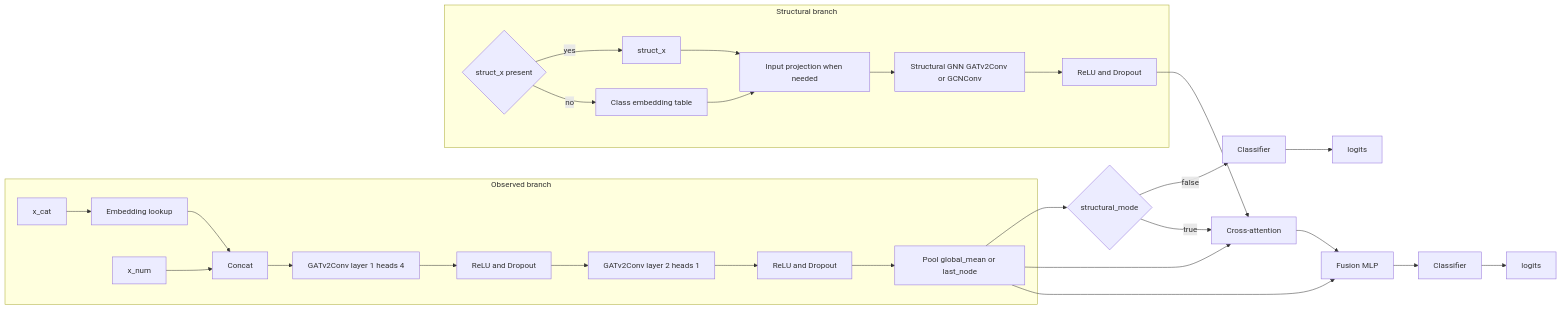
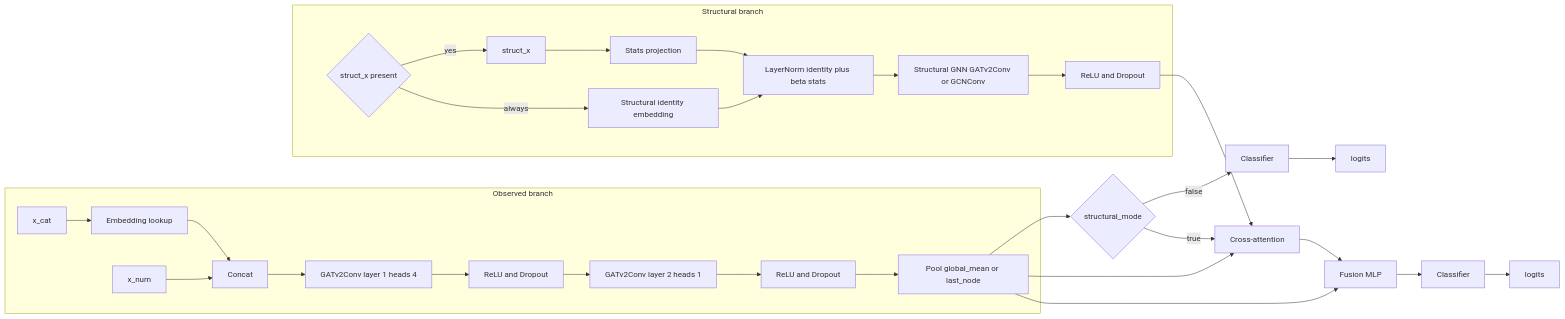
Before and after one commit to ghsrg/bpm_prediction: the seventh of 9 diagrams in docs/GNN_RUNTIME_MVP2_5.MD, drawn with Mermaid. The commit also changed other lines of this file and 9 other files, not shown here.

````diff
--- a/docs/GNN_RUNTIME_MVP2_5.MD
+++ b/docs/GNN_RUNTIME_MVP2_5.MD
@@ -191,40 +191,42 @@
 ```mermaid
 flowchart LR
     subgraph OBS[Observed branch]
         O1[x_cat] --> O2[Embedding lookup]
         O3[x_num] --> O4[Concat]
         O2 --> O4
         O4 --> O5[GATv2Conv layer 1 heads 4]
         O5 --> O6[ReLU and Dropout]
         O6 --> O7[GATv2Conv layer 2 heads 1]
         O7 --> O8[ReLU and Dropout]
         O8 --> O9[Pool global_mean or last_node]
     end
 
     subgraph STR[Structural branch]
         S0{struct_x present}
         S1[struct_x]
-        S2[Class embedding table]
-        S3[Input projection when needed]
-        S4[Structural GNN GATv2Conv or GCNConv]
+        S2[Structural identity embedding]
+        S3[Stats projection]
+        S4[LayerNorm identity plus beta stats]
+        S6[Structural GNN GATv2Conv or GCNConv]
         S5[ReLU and Dropout]
         S0 -->|yes| S1
-        S0 -->|no| S2
+        S0 -->|always| S2
         S1 --> S3
-        S2 --> S3
+        S2 --> S4
         S3 --> S4
-        S4 --> S5
+        S4 --> S6
+        S6 --> S5
     end
 
     M0{structural_mode}
     O9 --> M0
     M0 -->|false| C0[Classifier]
     C0 --> L0[logits]
     M0 -->|true| A1[Cross-attention]
     S5 --> A1
     O9 --> A1
     A1 --> F1[Fusion MLP]
     O9 --> F1
     F1 --> C1[Classifier]
     C1 --> L1[logits]
 ```
````
